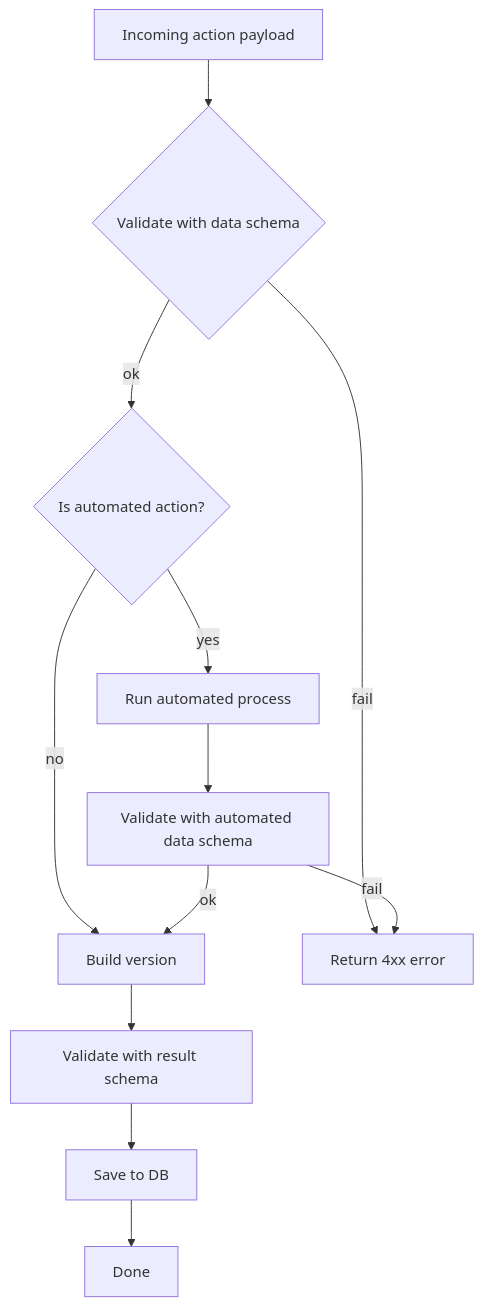
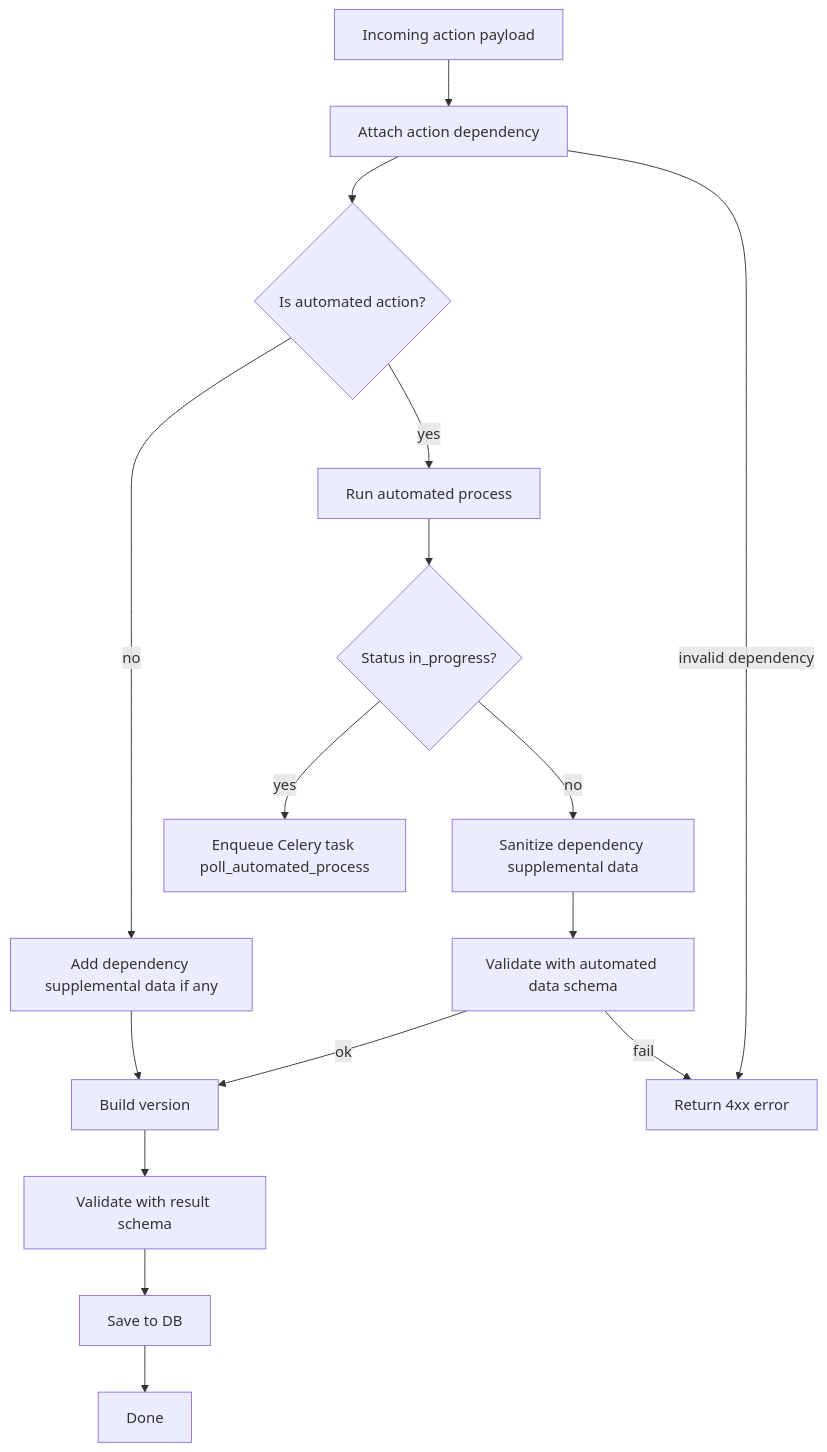
One commit to kobotoolbox/kpi changed the third of 3 diagrams in kobo/apps/subsequences/README.md. Above: the diagram before and after it, drawn with Mermaid. The commit also changed other lines of this file and 1 other file, not shown here.

````diff
--- a/kobo/apps/subsequences/README.md
+++ b/kobo/apps/subsequences/README.md
@@ -201,25 +231,35 @@
 ```mermaid
 flowchart TB
   A[Incoming action payload]
-  B{Validate with data schema}
+  B[Attach action dependency]
   C{Is automated action?}
-  D[Build version]
-  G[Validate with result schema]
-  H[Save to DB]
-  I[Done]
-  F[Run automated process]
-  J[Validate with automated data schema]
-  E[Return 4xx error]
+  D[Add dependency supplemental data if any]
+  E[Build version]
+  F[Validate with result schema]
+  G[Save to DB]
+  H[Done]
+  I[Run automated process]
+  J[Sanitize dependency supplemental data]
+  K[Validate with automated data schema]
+  L[Enqueue Celery task poll_automated_process]
+  M[Return 4xx error]
+  N{Status in_progress?}
 
   A --> B
-  B -->|fail| E
-  B -->|ok| C
+  B --> C
   C -->|no| D
-  D --> G
+  D --> E
+  E --> F
+  F --> G
   G --> H
-  H --> I
-  C -->|yes| F
-  F --> J
-  J -->|fail| E
-  J -->|ok| D
+
+  C -->|yes| I
+  I --> N
+  N -->|yes| L
+  N -->|no| J
+  J --> K
+  K -->|fail| M
+  K -->|ok| E
+
+  B -->|invalid dependency| M
 ```
````
